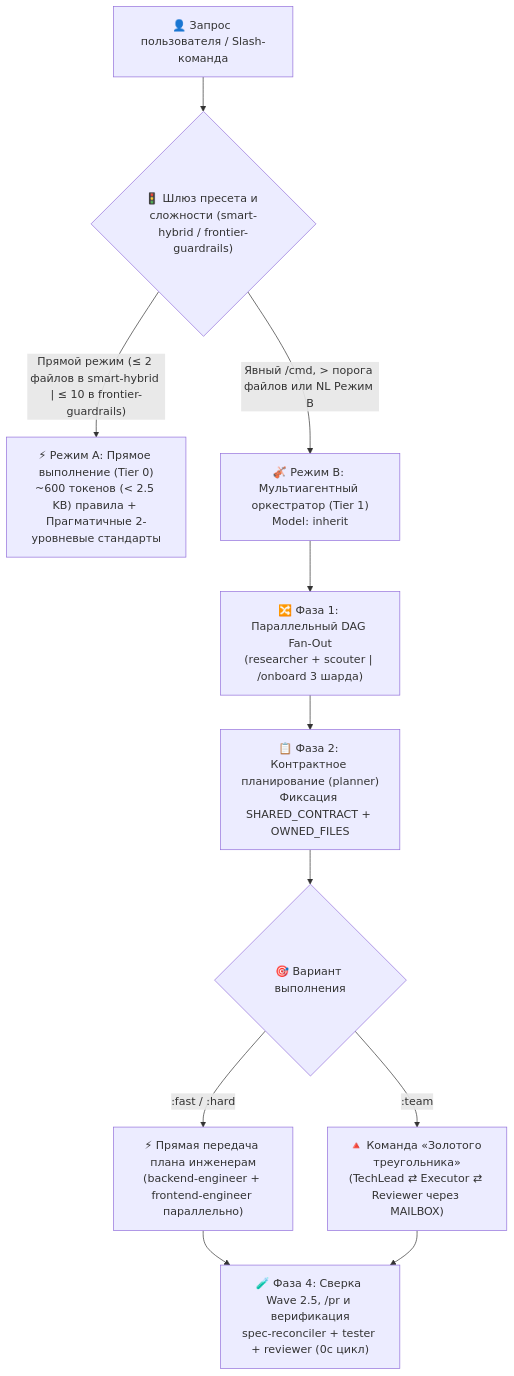
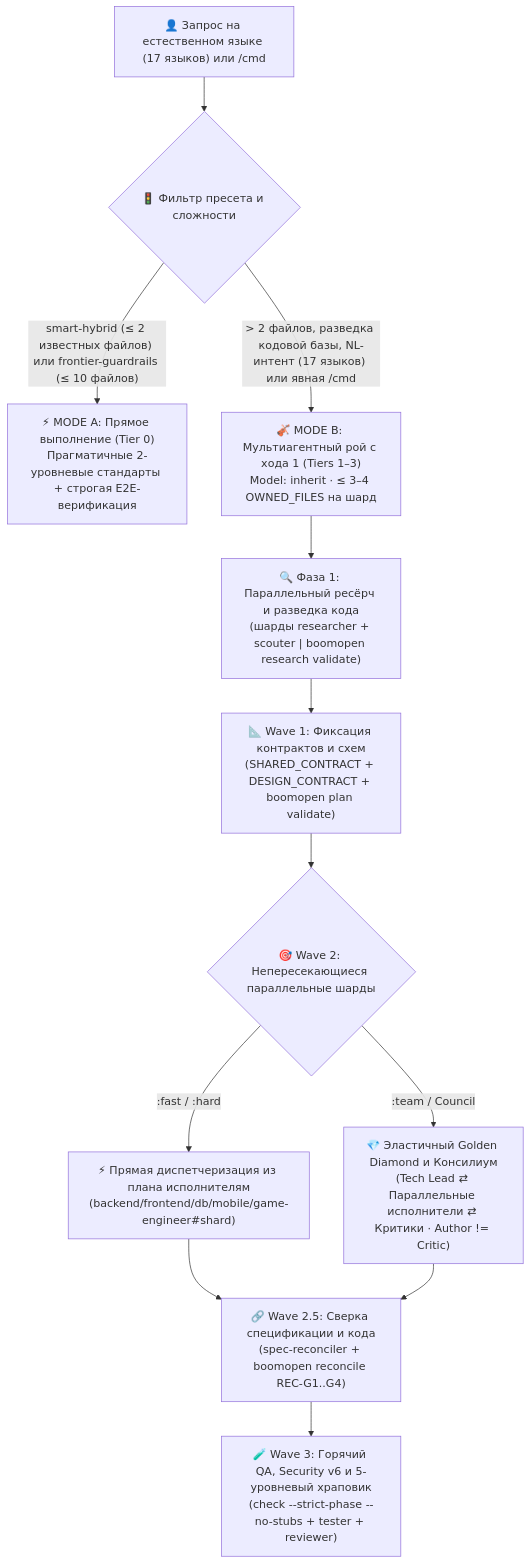
One commit to Kennyboom/BoomOpen-Workflow-Kit-Pro changed the diagram in i18n/README.ru.md. Above: the diagram before and after it, drawn with Mermaid. The commit also changed other lines of this file and 21 other files, not shown here.

````diff
--- a/i18n/README.ru.md
+++ b/i18n/README.ru.md
@@ -60,16 +94,17 @@
 ```mermaid
 flowchart TD
-    User["👤 Запрос пользователя / Slash-команда"] --> Gate{"🚦 Шлюз пресета и сложности (smart-hybrid / frontier-guardrails)"}
-    Gate -->|"Прямой режим (≤ 2 файлов в smart-hybrid | ≤ 10 в frontier-guardrails)"| ModeA["⚡ Режим A: Прямое выполнение (Tier 0)<br/>~600 токенов (< 2.5 KB) правила + Прагматичные 2-уровневые стандарты"]
-    Gate -->|"Явный /cmd, > порога файлов или NL Режим B"| ModeB["🎻 Режим B: Мультиагентный оркестратор (Tier 1)<br/>Model: inherit"]
+    User["👤 Запрос на естественном языке (17 языков) или /cmd"] --> Gate{"🚦 Фильтр пресета и сложности"}
+    Gate -->|"smart-hybrid (≤ 2 известных файлов) или frontier-guardrails (≤ 10 файлов)"| ModeA["⚡ MODE A: Прямое выполнение (Tier 0)<br/>Прагматичные 2-уровневые стандарты + строгая E2E-верификация"]
+    Gate -->|"> 2 файлов, разведка кодовой базы, NL-интент (17 языков) или явная /cmd"| ModeB["🎻 MODE B: Мультиагентный рой с хода 1 (Tiers 1–3)<br/>Model: inherit · ≤ 3–4 OWNED_FILES на шард"]
 
-    ModeB --> FanOut["🔀 Фаза 1: Параллельный DAG Fan-Out<br/>(researcher + scouter | /onboard 3 шарда)"]
-    FanOut --> Plan["📋 Фаза 2: Контрактное планирование (planner)<br/>Фиксация SHARED_CONTRACT + OWNED_FILES"]
-    Plan --> Dispatch{"🎯 Вариант выполнения"}
+    ModeB --> Wave0["🔍 Фаза 1: Параллельный ресёрч и разведка кода<br/>(шарды researcher + scouter | boomopen research validate)"]
+    Wave0 --> Wave1["📐 Wave 1: Фиксация контрактов и схем<br/>(SHARED_CONTRACT + DESIGN_CONTRACT + boomopen plan validate)"]
+    Wave1 --> Wave2{"🎯 Wave 2: Непересекающиеся параллельные шарды"}
 
-    Dispatch -->|":fast / :hard"| Direct["⚡ Прямая передача плана инженерам<br/>(backend-engineer + frontend-engineer параллельно)"]
-    Dispatch -->|":team"| Triangle["🔺 Команда «Золотого треугольника»<br/>(TechLead ⇄ Executor ⇄ Reviewer через MAILBOX)"]
+    Wave2 -->|":fast / :hard"| Direct["⚡ Прямая диспетчеризация из плана исполнителям<br/>(backend/frontend/db/mobile/game-engineer#shard)"]
+    Wave2 -->|":team / Council"| Diamond["💎 Эластичный Golden Diamond и Консилиум<br/>(Tech Lead ⇄ Параллельные исполнители ⇄ Критики · Author != Critic)"]
 
-    Direct --> Verify["🧪 Фаза 4: Сверка Wave 2.5, /pr и верификация<br/>spec-reconciler + tester + reviewer (0с цикл)"]
-    Triangle --> Verify
+    Direct --> Wave25["🔗 Wave 2.5: Сверка спецификации и кода<br/>(spec-reconciler + boomopen reconcile REC-G1..G4)"]
+    Diamond --> Wave25
+    Wave25 --> Wave3["🧪 Wave 3: Горячий QA, Security v6 и 5-уровневый храповик<br/>(check --strict-phase --no-stubs + tester + reviewer)"]
 ```
````
